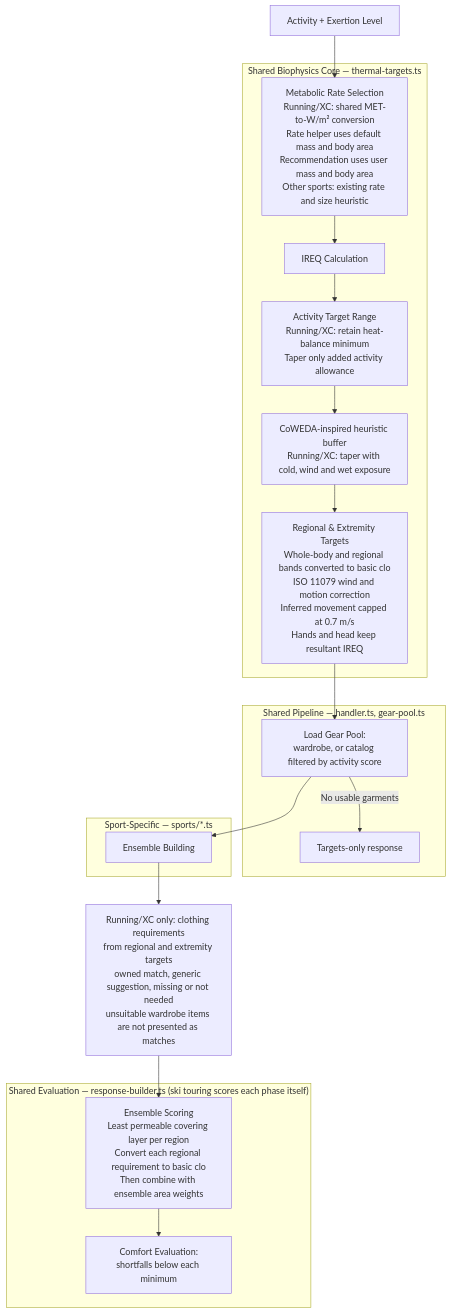
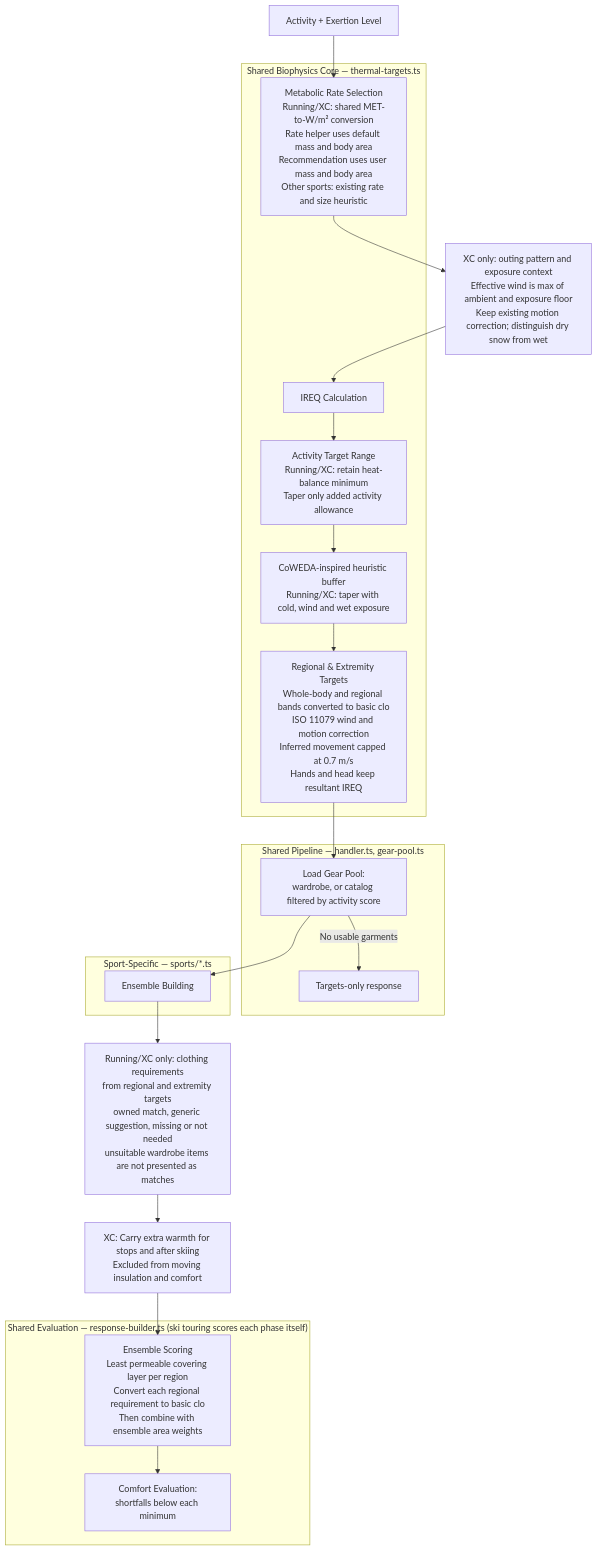
The first of 7 diagrams in README.md (derobertsw/swttr), drawn with Mermaid before and after one commit. The commit also changed other lines of this file and 33 other files, not shown here.

````diff
--- a/README.md
+++ b/README.md
@@ -50,36 +50,38 @@
 ```mermaid
 graph TD
     A[Activity + Exertion Level] --> B[Metabolic Rate Selection<br/>Running/XC: shared MET-to-W/m² conversion<br/>Rate helper uses default mass and body area<br/>Recommendation uses user mass and body area<br/>Other sports: existing rate and size heuristic]
-    B --> C[IREQ Calculation]
+    B --> XCP[XC only: outing pattern and exposure context<br/>Effective wind is max of ambient and exposure floor<br/>Keep existing motion correction; distinguish dry snow from wet]
+    XCP --> C[IREQ Calculation]
     C --> D[Activity Target Range<br/>Running/XC: retain heat-balance minimum<br/>Taper only added activity allowance]
     D --> E[CoWEDA-inspired heuristic buffer<br/>Running/XC: taper with cold, wind and wet exposure]
     E --> F[Regional & Extremity Targets<br/>Whole-body and regional bands converted to basic clo<br/>ISO 11079 wind and motion correction<br/>Inferred movement capped at 0.7 m/s<br/>Hands and head keep resultant IREQ]
     F --> P[Load Gear Pool:<br/>wardrobe, or catalog filtered by activity score]
     P -->|No usable garments| T[Targets-only response]
     P --> G[Ensemble Building]
     G --> R[Running/XC only: clothing requirements<br/>from regional and extremity targets<br/>owned match, generic suggestion, missing or not needed<br/>unsuitable wardrobe items are not presented as matches]
-    R --> H[Ensemble Scoring<br/>Least permeable covering layer per region<br/>Convert each regional requirement to basic clo<br/>Then combine with ensemble area weights]
+    R --> XCCARRY[XC: Carry extra warmth for stops and after skiing<br/>Excluded from moving insulation and comfort]
+    XCCARRY --> H[Ensemble Scoring<br/>Least permeable covering layer per region<br/>Convert each regional requirement to basic clo<br/>Then combine with ensemble area weights]
     H --> I[Comfort Evaluation:<br/>shortfalls below each minimum]
 
     subgraph "Shared Biophysics Core — thermal-targets.ts"
         B
         C
         D
         E
         F
     end
 
     subgraph "Shared Pipeline — handler.ts, gear-pool.ts"
         P
         T
     end
 
     subgraph "Sport-Specific — sports/*.ts"
         G
     end
 
     subgraph "Shared Evaluation — response-builder.ts (ski touring scores each phase itself)"
         H
         I
     end
 ```
````
